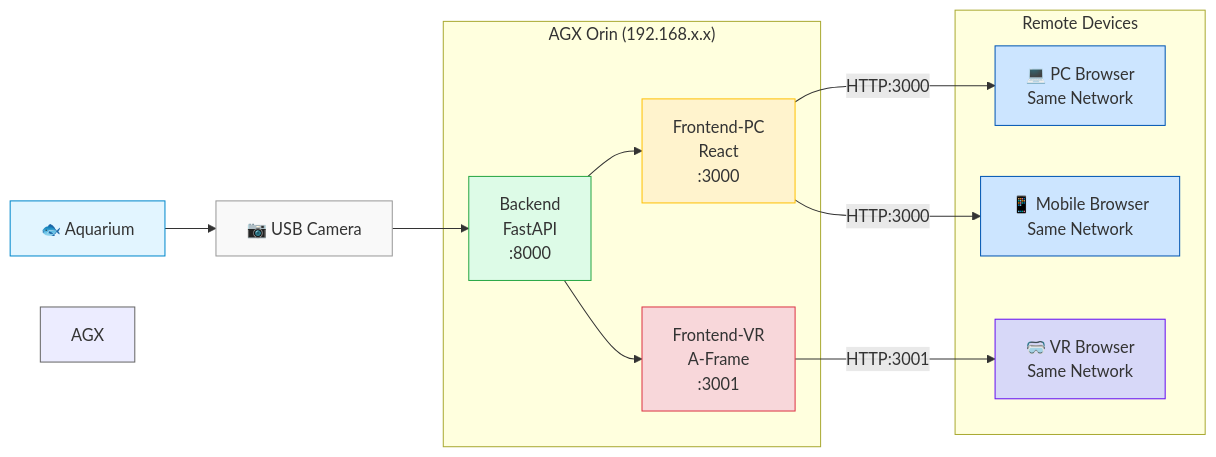
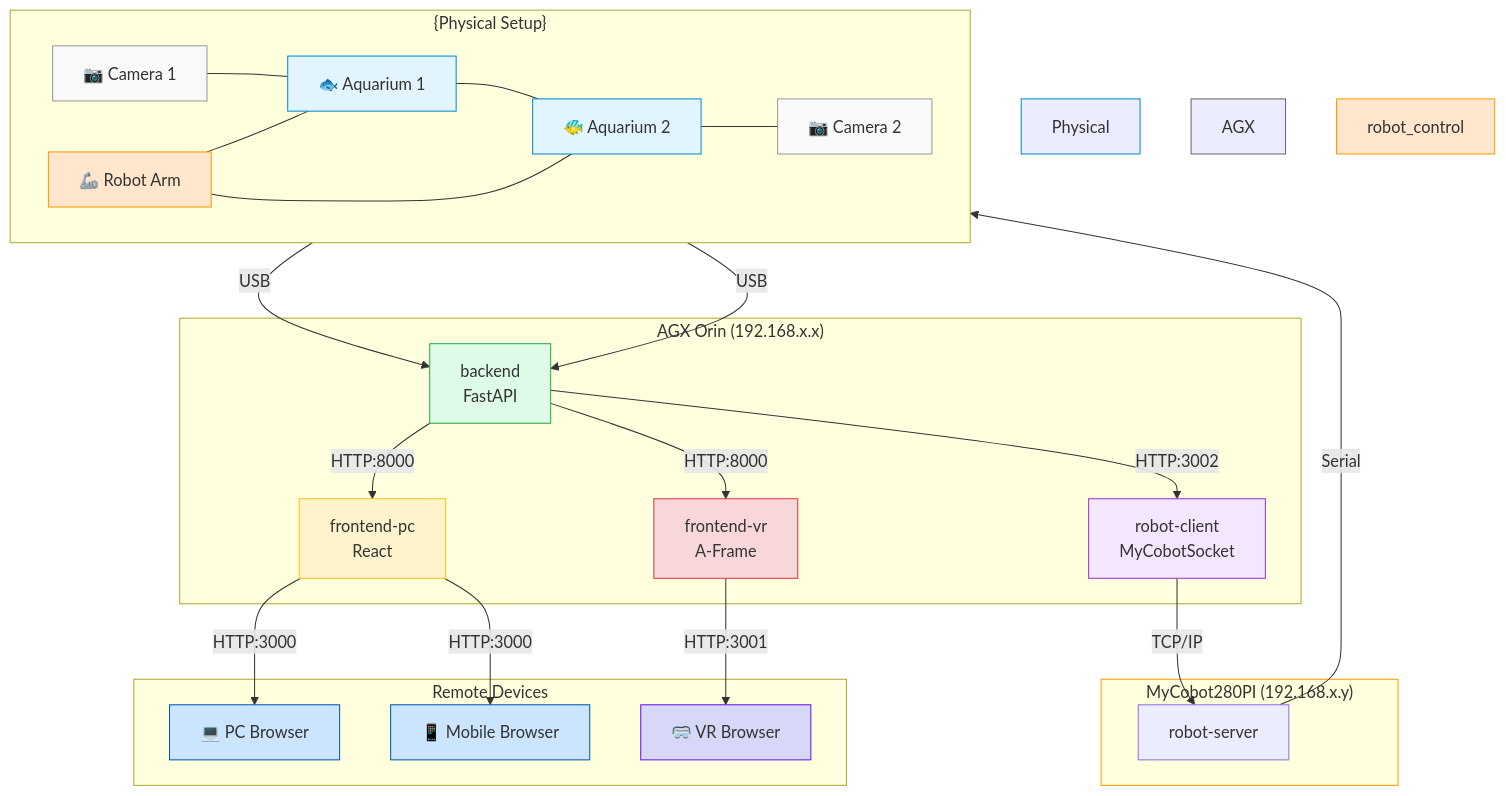
Before and after one commit to hu-po/aquarius: the diagram in README.md, drawn with Mermaid.

````diff
--- a/README.md
+++ b/README.md
@@ -33,35 +33,56 @@
 ```mermaid
-flowchart LR
-    aquarium["🐟 Aquarium"]
-    camera["📷 USB Camera"]
+flowchart TB
+    subgraph Physical Setup["{Physical Setup}"]
+        direction LR
+        camera1["📷 Camera 1"] --- aquarium1["🐟 Aquarium 1"]
+        aquarium1 --- aquarium2["🐠 Aquarium 2"]
+        aquarium2 --- camera2["📷 Camera 2"]
+        robot_arm["🦾 Robot Arm"] --- aquarium1
+        robot_arm --- aquarium2
+    end
     
     subgraph AGX Orin["AGX Orin (192.168.x.x)"]
-        backend["Backend\nFastAPI\n:8000"]
-        fe_pc["Frontend-PC\nReact\n:3000"]
-        fe_vr["Frontend-VR\nA-Frame\n:3001"]
-        backend --> fe_pc
-        backend --> fe_vr
+        backend["backend\nFastAPI"]
+        fe_pc["frontend-pc\nReact"]
+        fe_vr["frontend-vr\nA-Frame"]
+        robot_client["robot-client\nMyCobotSocket"]
+        backend -- "HTTP:8000" --> fe_pc
+        backend -- "HTTP:8000" --> fe_vr
+        backend -- "HTTP:3002" --> robot_client
+    end
+    
+    subgraph Robot["MyCobot280PI (192.168.x.y)"]
+        robot_server["robot-server"]
     end
     
     subgraph Remote Devices
-        pc["💻 PC Browser\nSame Network"]
-        vr["🥽 VR Browser\nSame Network"]
-        phone["📱 Mobile Browser\nSame Network"]
+        pc["💻 PC Browser"]
+        vr["🥽 VR Browser"]
+        phone["📱 Mobile Browser"]
     end
     
-    aquarium --> camera
-    camera --> backend
+    camera1 -- "USB" --> backend
+    camera2 -- "USB" --> backend
     fe_pc -- "HTTP:3000" --> pc
     fe_pc -- "HTTP:3000" --> phone
     fe_vr -- "HTTP:3001" --> vr
+    robot_client -- "TCP/IP" --> robot_server
+    robot_server -- "Serial" --> robot_arm
 
-    style aquarium fill:#e2f5ff,stroke:#0088cc
+    style Physical Setup fill:#e8f4ff,stroke:#0088cc
+    style aquarium1 fill:#e2f5ff,stroke:#0088cc
+    style aquarium2 fill:#e2f5ff,stroke:#0088cc
     style AGX Orin fill:#f5f5f5,stroke:#666666
-    style camera fill:#f9f9f9,stroke:#999999
+    style camera1 fill:#f9f9f9,stroke:#999999
+    style camera2 fill:#f9f9f9,stroke:#999999
     style backend fill:#ddfbe7,stroke:#28a745
     style fe_pc fill:#fff3cd,stroke:#ffc107
     style fe_vr fill:#f8d7da,stroke:#dc3545
     style pc fill:#cce5ff,stroke:#0056b3
     style vr fill:#d7d8f8,stroke:#6610f2
     style phone fill:#cce5ff,stroke:#0056b3
+    style Robot Pi fill:#ffe6cc,stroke:#ff9900
+    style robot_client fill:#f5e6ff,stroke:#9933cc
+    style robot_control fill:#ffe6cc,stroke:#ff9900
+    style robot_arm fill:#ffe6cc,stroke:#ff9900
 ```
````
